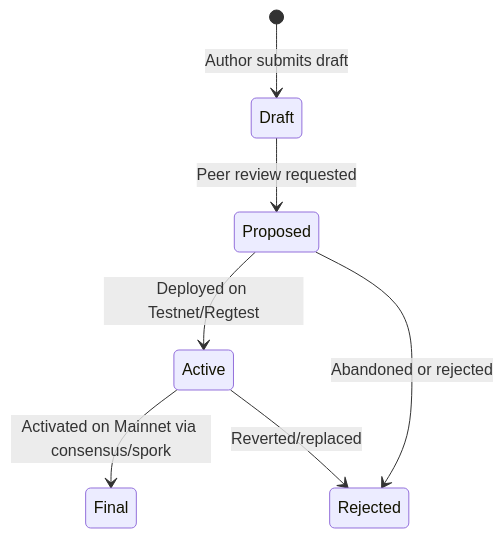
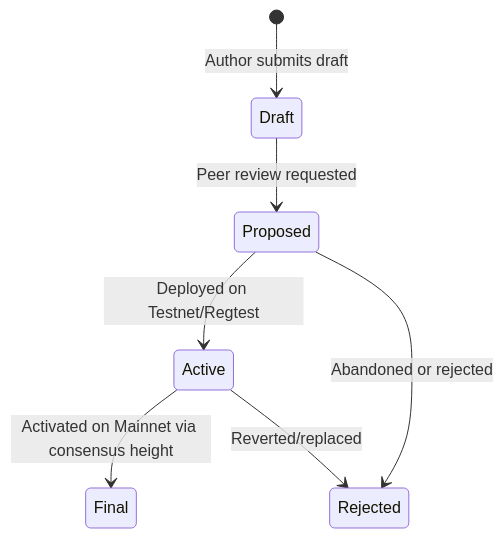
The diagram in doc/ktips/KTIP-0001_KTIP_Process.md (bedri/KristaTech-KRISTA), drawn with Mermaid before and after one commit. The commit also changed other lines of this file and 31 other files, not shown here.

````diff
--- a/doc/ktips/KTIP-0001_KTIP_Process.md
+++ b/doc/ktips/KTIP-0001_KTIP_Process.md
@@ -25,9 +25,9 @@
 ```mermaid
 stateDiagram-v2
     [*] --> Draft : Author submits draft
     Draft --> Proposed : Peer review requested
     Proposed --> Active : Deployed on Testnet/Regtest
     Proposed --> Rejected : Abandoned or rejected
-    Active --> Final : Activated on Mainnet via consensus/spork
+    Active --> Final : Activated on Mainnet via consensus height
     Active --> Rejected : Reverted/replaced
 ```
````
